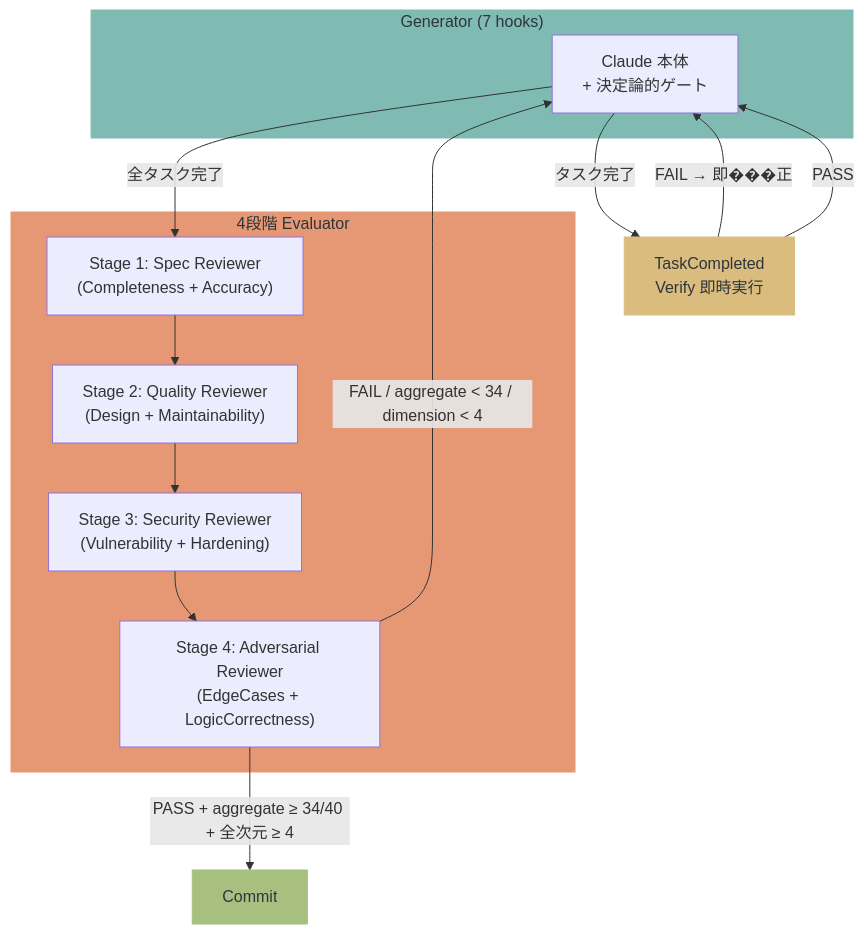
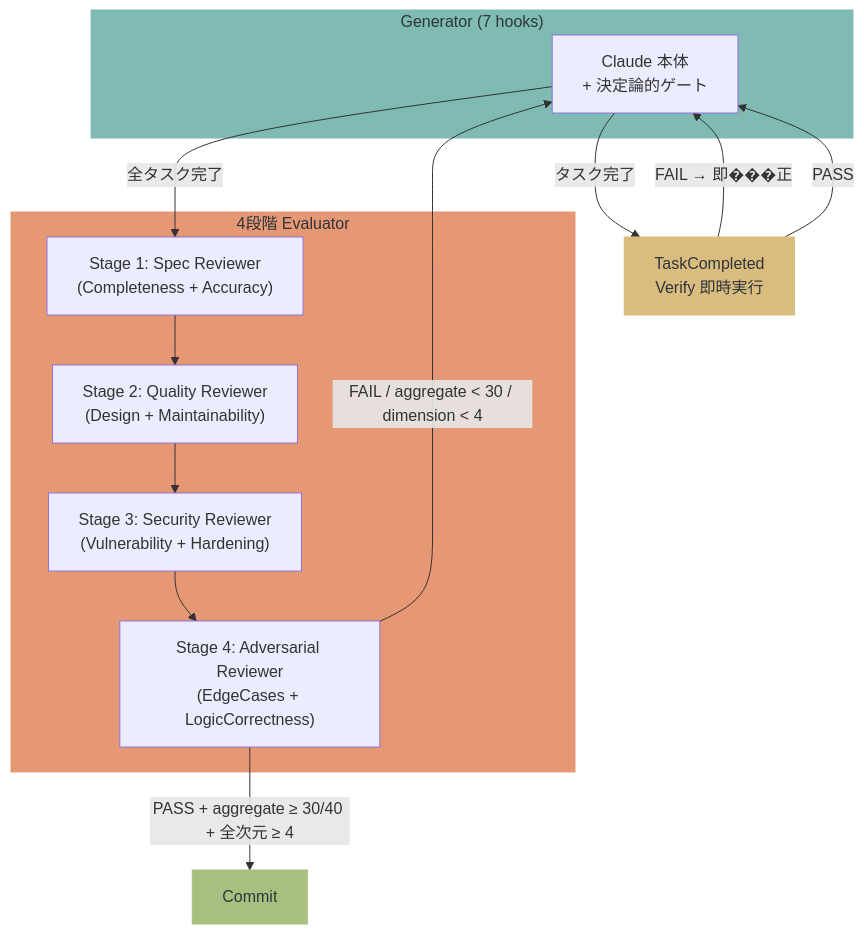
The second of 2 diagrams in README.ja.md (hir4ta/qult), drawn with Mermaid before and after one commit. The commit also changed other lines of this file and 21 other files, not shown here.

````diff
--- a/README.ja.md
+++ b/README.ja.md
@@ -98,27 +98,27 @@
 ```mermaid
 flowchart TB
     subgraph Generator["Generator (7 hooks)"]
         Claude["Claude 本体\n+ 決定論的ゲート"]
     end
     subgraph Evaluator["4段階 Evaluator"]
         Spec["Stage 1: Spec Reviewer\n(Completeness + Accuracy)"]
         Quality["Stage 2: Quality Reviewer\n(Design + Maintainability)"]
         Security["Stage 3: Security Reviewer\n(Vulnerability + Hardening)"]
         Adversarial["Stage 4: Adversarial Reviewer\n(EdgeCases + LogicCorrectness)"]
     end
 
     Claude -- "タスク完了" --> TV["TaskCompleted\nVerify 即時実行"]
     TV -- "FAIL → 即���正" --> Claude
     TV -- "PASS" --> Claude
     Claude -- "全タスク完了" --> Spec
     Spec --> Quality
     Quality --> Security
     Security --> Adversarial
-    Adversarial -- "FAIL / aggregate < 34 / dimension < 4" --> Claude
-    Adversarial -- "PASS + aggregate ≥ 34/40 + 全次元 ≥ 4" --> Done["Commit"]
+    Adversarial -- "FAIL / aggregate < 30 / dimension < 4" --> Claude
+    Adversarial -- "PASS + aggregate ≥ 30/40 + 全次元 ≥ 4" --> Done["Commit"]
 
     style Generator fill:#7fbbb3,color:#2d353b,stroke:#7fbbb3
     style Evaluator fill:#e69875,color:#2d353b,stroke:#e69875
     style Done fill:#a7c080,color:#2d353b,stroke:#a7c080
     style TV fill:#dbbc7f,color:#2d353b,stroke:#dbbc7f
 ```
````
